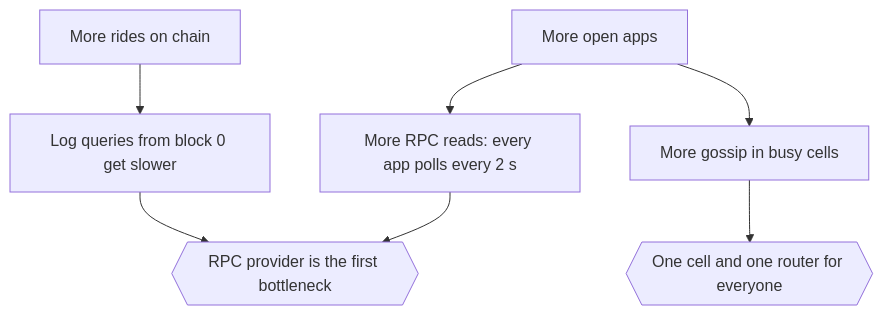
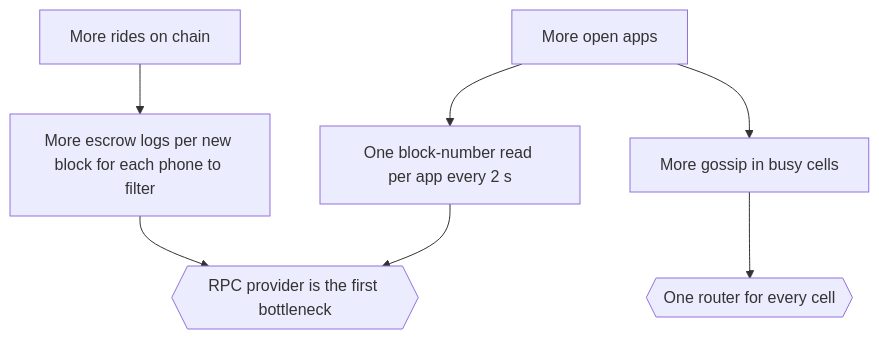
The second of 2 diagrams in apps/docs/scalability.md (MuriloSchaefer/klippelgo), drawn with Mermaid before and after one commit. The commit also changed other lines of this file and 83 other files, not shown here.

````diff
--- a/apps/docs/scalability.md
+++ b/apps/docs/scalability.md
@@ -47,9 +50,9 @@
 ```mermaid
 flowchart TB
-    a[More open apps] --> b[More RPC reads: every app polls every 2 s]
+    a[More open apps] --> b[One block-number read per app every 2 s]
     a --> c[More gossip in busy cells]
-    d[More rides on chain] --> e[Log queries from block 0 get slower]
+    d[More rides on chain] --> e[More escrow logs per new block for each phone to filter]
     b --> f{{RPC provider is the first bottleneck}}
     e --> f
-    c --> g{{One cell and one router for everyone}}
+    c --> g{{One router for every cell}}
 ```
````
